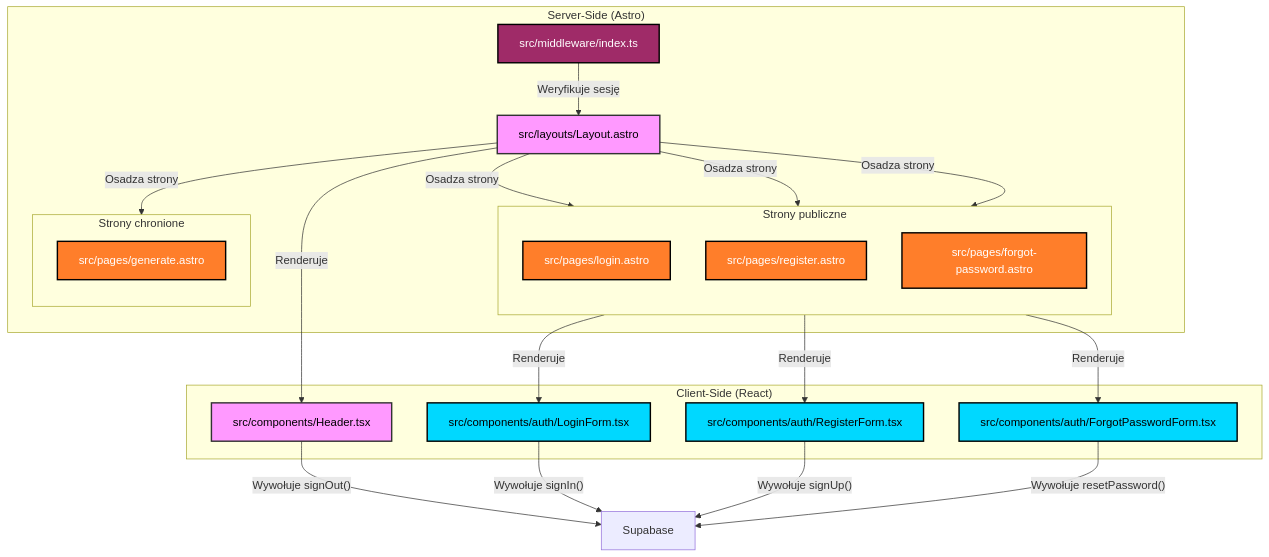
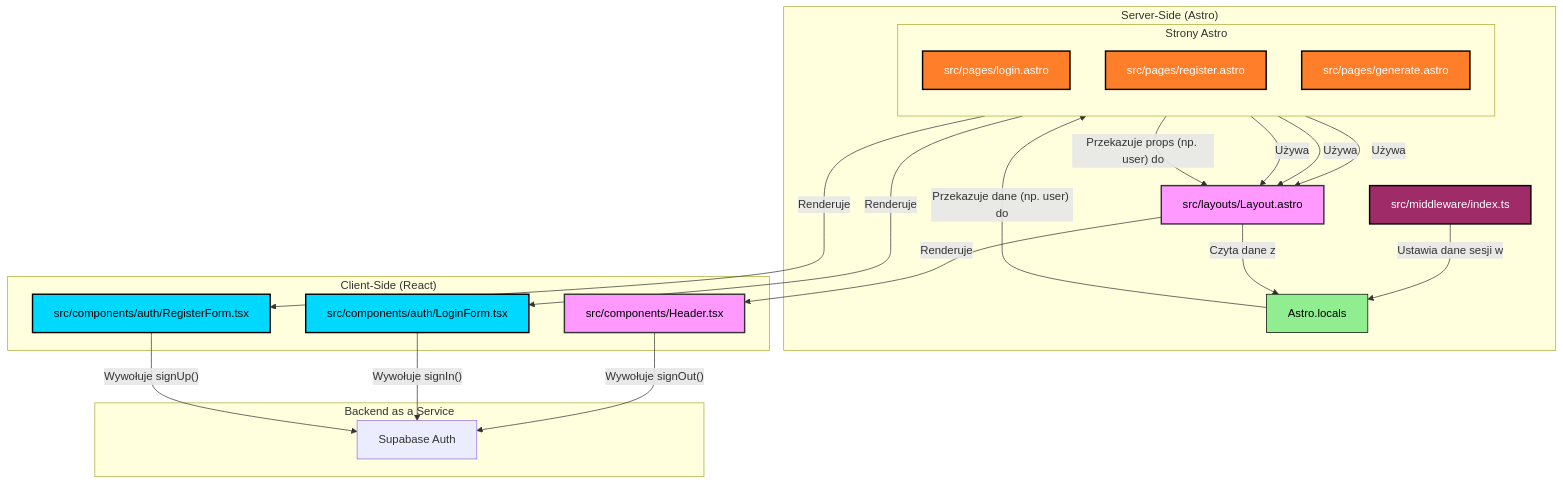
One commit to dokdar/10x-cards changed the diagram in .ai/diagrams/ui.md. Above: the diagram before and after it, drawn with Mermaid. The commit also changed 5 other files, not shown here.

Commit message:
docs(auth): update technical specification and diagrams

````diff
--- a/.ai/diagrams/ui.md
+++ b/.ai/diagrams/ui.md
@@ -2,51 +2,53 @@
 ```mermaid
 flowchart TD
     classDef astroPage fill:#FF7E2A,stroke:#000,stroke-width:2px,color:#fff;
     classDef reactComp fill:#00D8FF,stroke:#000,stroke-width:2px,color:#000;
     classDef layout fill:#FFE458,stroke:#000,stroke-width:2px,color:#000;
     classDef middleware fill:#9F2B68,stroke:#000,stroke-width:2px,color:#fff;
+    classDef data fill:#90EE90,stroke:#000,stroke-width:1px,color:#000;
     classDef updated fill:#f9f,stroke:#333,stroke-width:2px;
 
     subgraph "Server-Side (Astro)"
         MW[src/middleware/index.ts]:::middleware
+        Locals[Astro.locals]:::data
         L[src/layouts/Layout.astro]:::layout
-        
-        subgraph "Strony publiczne"
+
+        subgraph "Strony Astro"
             direction TB
-            LoginPage[src/pages/login.astro]:::astroPage
-            RegisterPage[src/pages/register.astro]:::astroPage
-            ForgotPage[src/pages/forgot-password.astro]:::astroPage
-        end
-        
-        subgraph "Strony chronione"
-            direction TB
-            GeneratePage[src/pages/generate.astro]:::astroPage
+            Page_Login[src/pages/login.astro]:::astroPage
+            Page_Register[src/pages/register.astro]:::astroPage
+            Page_Generate[src/pages/generate.astro]:::astroPage
         end
     end
 
     subgraph "Client-Side (React)"
-        Header[src/components/Header.tsx]:::reactComp
-        LoginForm[src/components/auth/LoginForm.tsx]:::reactComp
-        RegisterForm[src/components/auth/RegisterForm.tsx]:::reactComp
-        ForgotForm[src/components/auth/ForgotPasswordForm.tsx]:::reactComp
+        Comp_Header[src/components/Header.tsx]:::reactComp
+        Comp_LoginForm[src/components/auth/LoginForm.tsx]:::reactComp
+        Comp_RegisterForm[src/components/auth/RegisterForm.tsx]:::reactComp
     end
     
-    MW -- "Weryfikuje sesję" --> L
-    L -- "Osadza strony" --> LoginPage
-    L -- "Osadza strony" --> RegisterPage
-    L -- "Osadza strony" --> ForgotPage
-    L -- "Osadza strony" --> GeneratePage
+    subgraph "Backend as a Service"
+        Supabase[Supabase Auth]
+    end
 
-    L -- "Renderuje" --> Header
+    MW -- "Ustawia dane sesji w" --> Locals
+    
+    Page_Login -- "Używa" --> L
+    Page_Register -- "Używa" --> L
+    Page_Generate -- "Używa" --> L
+    
+    L -- "Czyta dane z" --> Locals
+    L -- "Renderuje" --> Comp_Header
+    
+    Page_Login -- "Renderuje" --> Comp_LoginForm
+    Page_Register -- "Renderuje" --> Comp_RegisterForm
+    
+    Locals -- "Przekazuje dane (np. user) do" --> Page_Generate
+    Page_Generate -- "Przekazuje props (np. user) do" --> L
 
-    LoginPage -- "Renderuje" --> LoginForm
-    RegisterPage -- "Renderuje" --> RegisterForm
-    ForgotPage -- "Renderuje" --> ForgotForm
-    
-    Header -- "Wywołuje signOut()" --> Supabase
-    LoginForm -- "Wywołuje signIn()" --> Supabase
-    RegisterForm -- "Wywołuje signUp()" --> Supabase
-    ForgotForm -- "Wywołuje resetPassword()" --> Supabase
+    Comp_Header -- "Wywołuje signOut()" --> Supabase
+    Comp_LoginForm -- "Wywołuje signIn()" --> Supabase
+    Comp_RegisterForm -- "Wywołuje signUp()" --> Supabase
 
-    class L,Header updated;
+    class L,Comp_Header updated;
 ```
````
